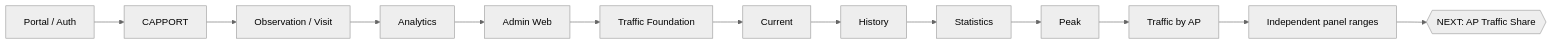
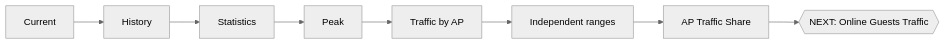
One commit to ZaurNavi/CaptivePortal changed the first of 18 diagrams in README.md. Above: the diagram before and after it, drawn with Mermaid (neutral theme). The commit also changed other lines of this file and 11 other files, not shown here.

````diff
--- a/README.md
+++ b/README.md
@@ -57,15 +49,6 @@
 ```mermaid
 flowchart LR
-    A[Portal / Auth] --> B[CAPPORT]
-    B --> C[Observation / Visit]
-    C --> D[Analytics]
-    D --> E[Admin Web]
-    E --> T0[Traffic Foundation]
-    T0 --> T1[Current]
-    T1 --> T2[History]
-    T2 --> T3[Statistics]
-    T3 --> T4[Peak]
-    T4 --> T5[Traffic by AP]
-    T5 --> R[Independent panel ranges]
-    R --> T6{{NEXT: AP Traffic Share}}
+    T1[Current] --> T2[History] --> T3[Statistics] --> T4[Peak] --> T5[Traffic by AP]
+    T5 --> R[Independent ranges] --> T6[AP Traffic Share]
+    T6 --> T7{{NEXT: Online Guests Traffic}}
 ```
````
